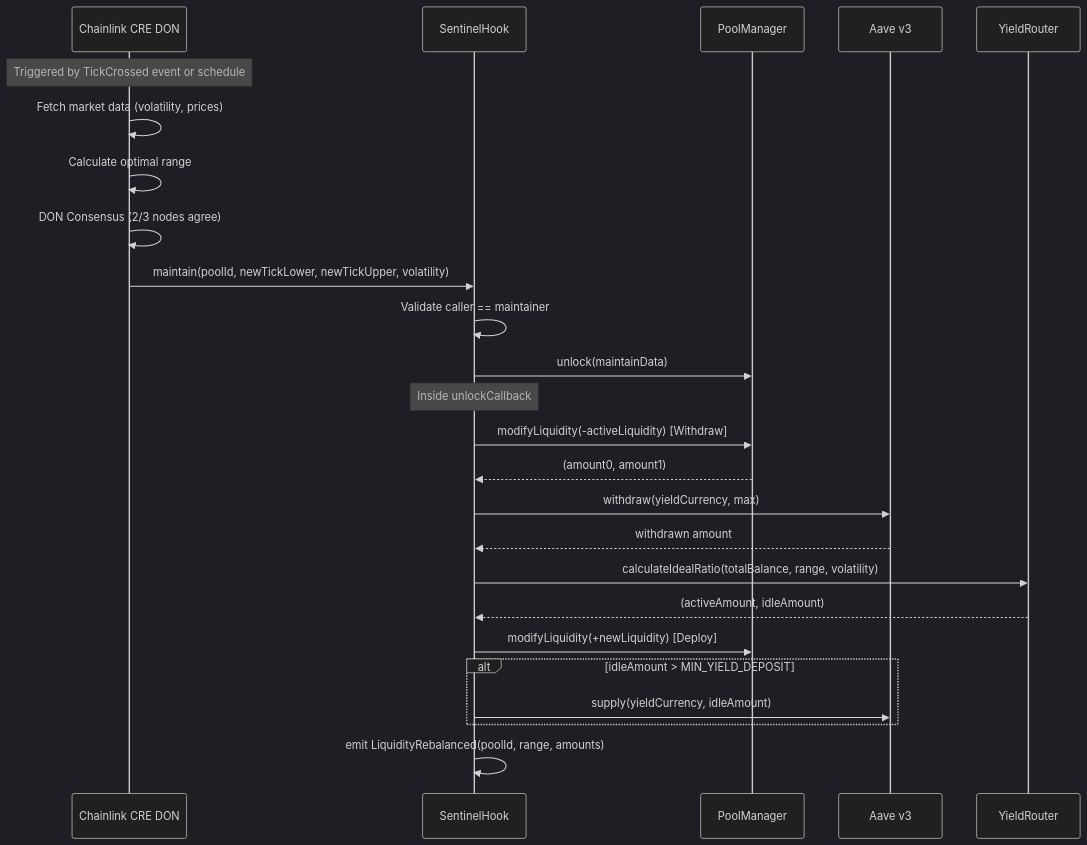
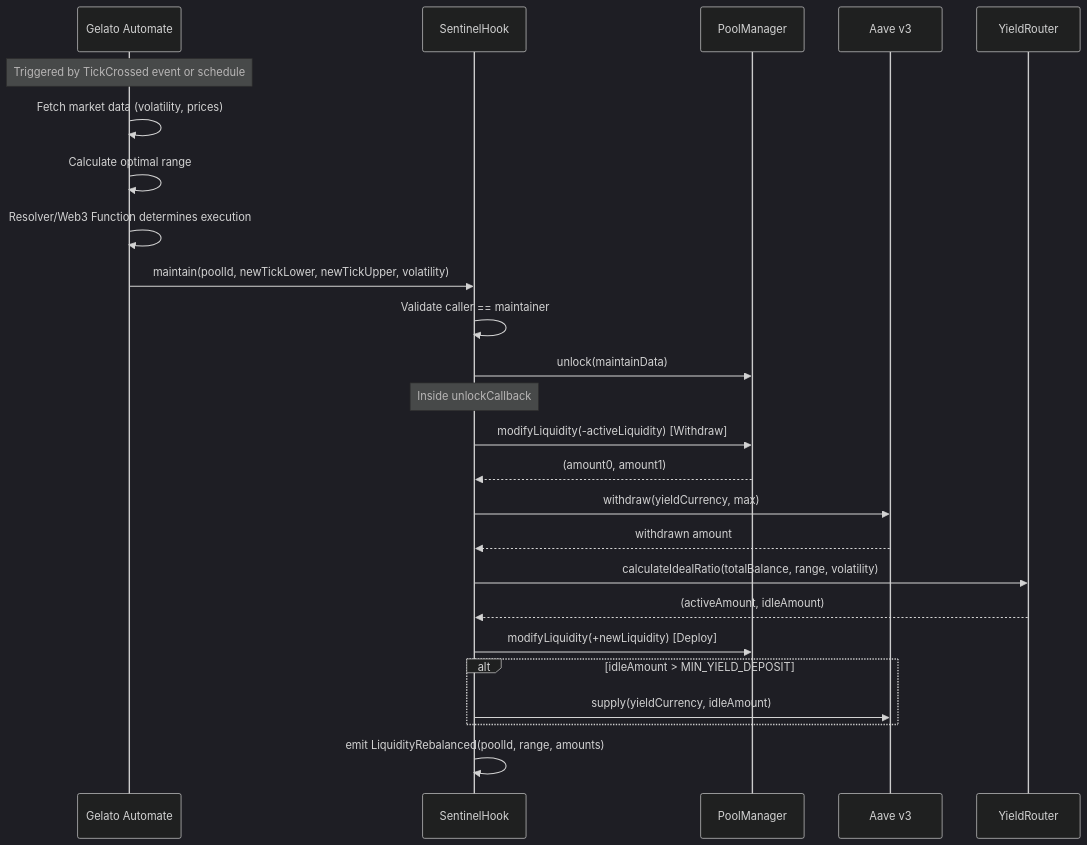
One commit to sahil-kaushik1/Uniswap-Sentinel changed the fourth of 4 diagrams in agents.md. Above: the diagram before and after it, drawn with Mermaid (dark theme). The commit also changed other lines of this file and 10 other files, not shown here.

Commit message:
remove chainlink and add gelato

````diff
--- a/agents.md
+++ b/agents.md
@@ -174,38 +174,38 @@
 ```mermaid
 sequenceDiagram
-    participant CRE as Chainlink CRE DON
+    participant Gelato as Gelato Automate
     participant Hook as SentinelHook
     participant PM as PoolManager
     participant Aave as Aave v3
     participant YR as YieldRouter
     
-    Note over CRE: Triggered by TickCrossed event or schedule
+    Note over Gelato: Triggered by TickCrossed event or schedule
     
-    CRE->>CRE: Fetch market data (volatility, prices)
-    CRE->>CRE: Calculate optimal range
-    CRE->>CRE: DON Consensus (2/3 nodes agree)
+    Gelato->>Gelato: Fetch market data (volatility, prices)
+    Gelato->>Gelato: Calculate optimal range
+    Gelato->>Gelato: Resolver/Web3 Function determines execution
     
-    CRE->>Hook: maintain(poolId, newTickLower, newTickUpper, volatility)
+    Gelato->>Hook: maintain(poolId, newTickLower, newTickUpper, volatility)
     
     Hook->>Hook: Validate caller == maintainer
     Hook->>PM: unlock(maintainData)
     
     Note over Hook: Inside unlockCallback
     
     Hook->>PM: modifyLiquidity(-activeLiquidity) [Withdraw]
     PM-->>Hook: (amount0, amount1)
     
     Hook->>Aave: withdraw(yieldCurrency, max)
     Aave-->>Hook: withdrawn amount
     
     Hook->>YR: calculateIdealRatio(totalBalance, range, volatility)
     YR-->>Hook: (activeAmount, idleAmount)
     
     Hook->>PM: modifyLiquidity(+newLiquidity) [Deploy]
     
     alt idleAmount > MIN_YIELD_DEPOSIT
         Hook->>Aave: supply(yieldCurrency, idleAmount)
     end
     
     Hook->>Hook: emit LiquidityRebalanced(poolId, range, amounts)
 ```
````
